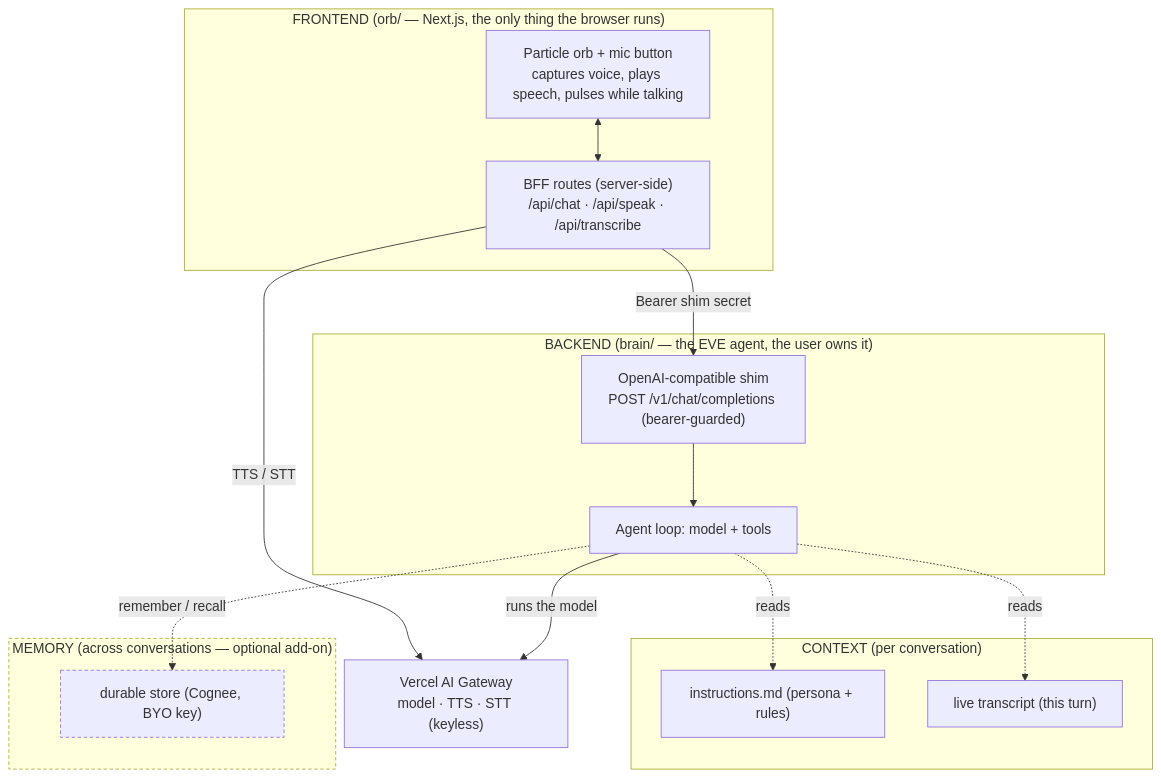
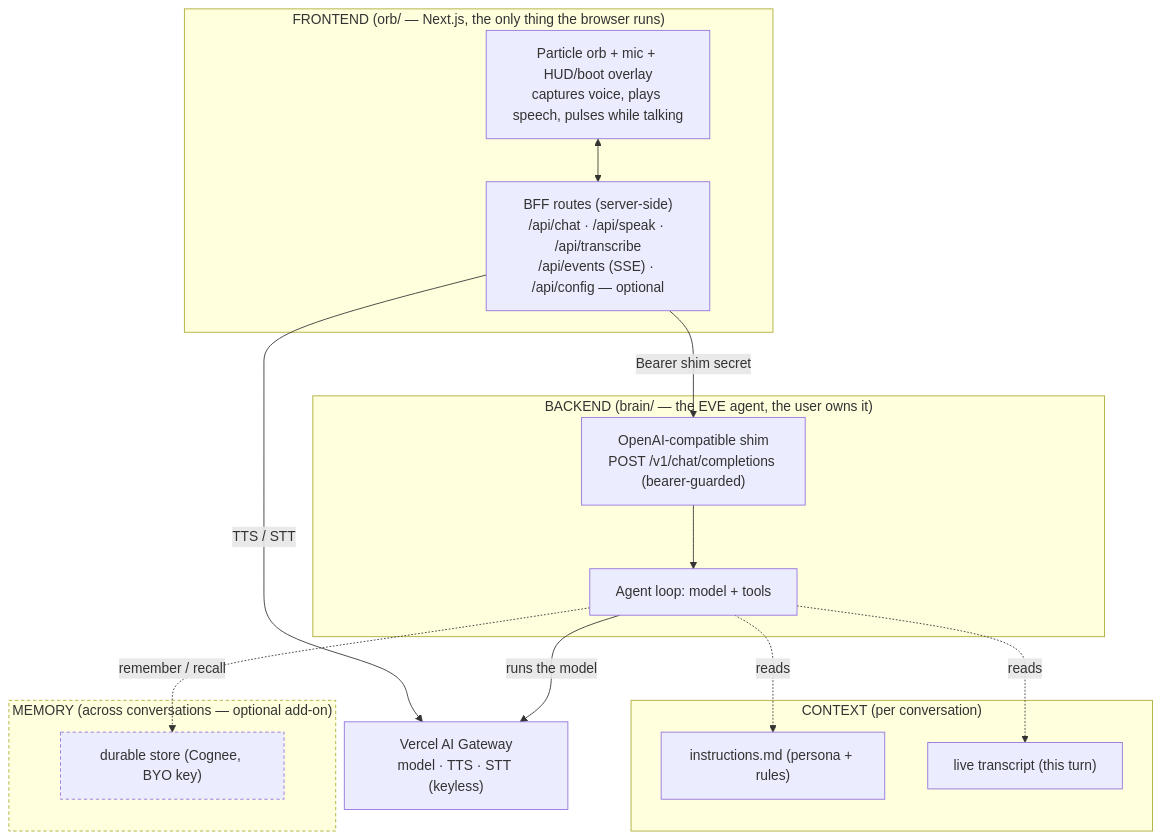
One commit to tfcbot/jarvis-style-agent changed the first of 3 diagrams in docs/architecture.md. Above: the diagram before and after it, drawn with Mermaid. The commit also changed 2 other files, not shown here.

Commit message:
docs: propagate layered-UI spec to PRD, architecture, overview
Keep the higher-level docs in sync with the frontend guide:
- PRD: add /api/events + /api/config to the route table, the three components +
  lib/domain/telemetry to the folder structure, and the HUD/boot/telemetry nodes
  to the system diagram.
- architecture.md: show HUD/boot on the frontend and the optional events/config
  routes on the BFF.
- 00-overview.md: note the layered UI (presentation only) and the optional routes.

Claude-Session: https://claude.ai/code/session_017d5KpaLmLx6i6ZtKKiExWH

````diff
--- a/docs/architecture.md
+++ b/docs/architecture.md
@@ -8,35 +8,35 @@
 ```mermaid
 flowchart TB
   subgraph FE["FRONTEND  (orb/ — Next.js, the only thing the browser runs)"]
-    UI["Particle orb + mic button<br/>captures voice, plays speech, pulses while talking"]
-    BFF["BFF routes (server-side)<br/>/api/chat · /api/speak · /api/transcribe"]
+    UI["Particle orb + mic + HUD/boot overlay<br/>captures voice, plays speech, pulses while talking"]
+    BFF["BFF routes (server-side)<br/>/api/chat · /api/speak · /api/transcribe<br/>/api/events (SSE) · /api/config — optional"]
     UI <--> BFF
   end
 
   subgraph BE["BACKEND  (brain/ — the EVE agent, the user owns it)"]
     SHIM["OpenAI-compatible shim<br/>POST /v1/chat/completions (bearer-guarded)"]
     LOOP["Agent loop: model + tools"]
     SHIM --> LOOP
   end
 
   subgraph CTX["CONTEXT  (per conversation)"]
     INSTR["instructions.md (persona + rules)"]
     TRANS["live transcript (this turn)"]
   end
 
   subgraph MEM["MEMORY  (across conversations — optional add-on)"]
     DUR["durable store (Cognee, BYO key)"]
   end
 
   GW["Vercel AI Gateway<br/>model · TTS · STT (keyless)"]
 
   BFF -- "Bearer shim secret" --> SHIM
   BFF -- "TTS / STT" --> GW
   LOOP -- "runs the model" --> GW
   LOOP -. reads .-> INSTR
   LOOP -. reads .-> TRANS
   LOOP -. "remember / recall" .-> DUR
 
   classDef opt stroke-dasharray: 4 3;
   class MEM,DUR opt;
 ```
````
